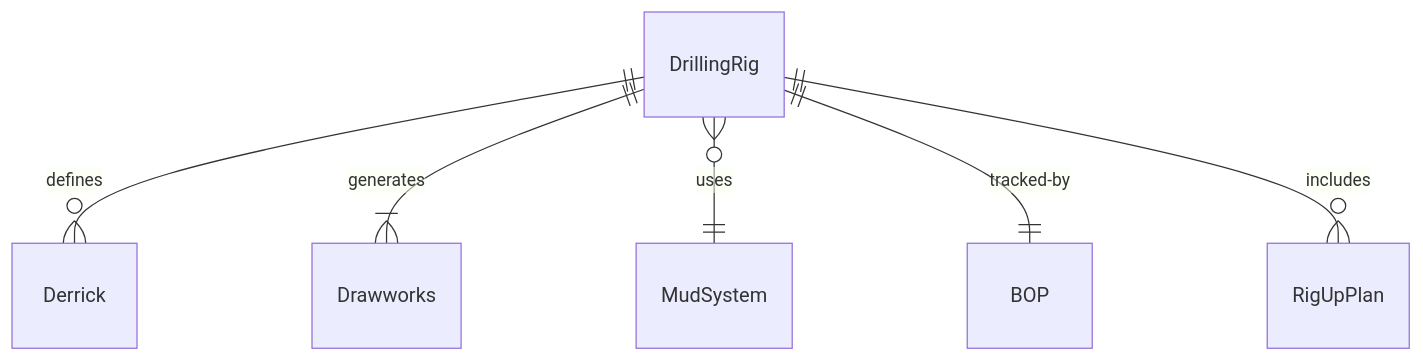
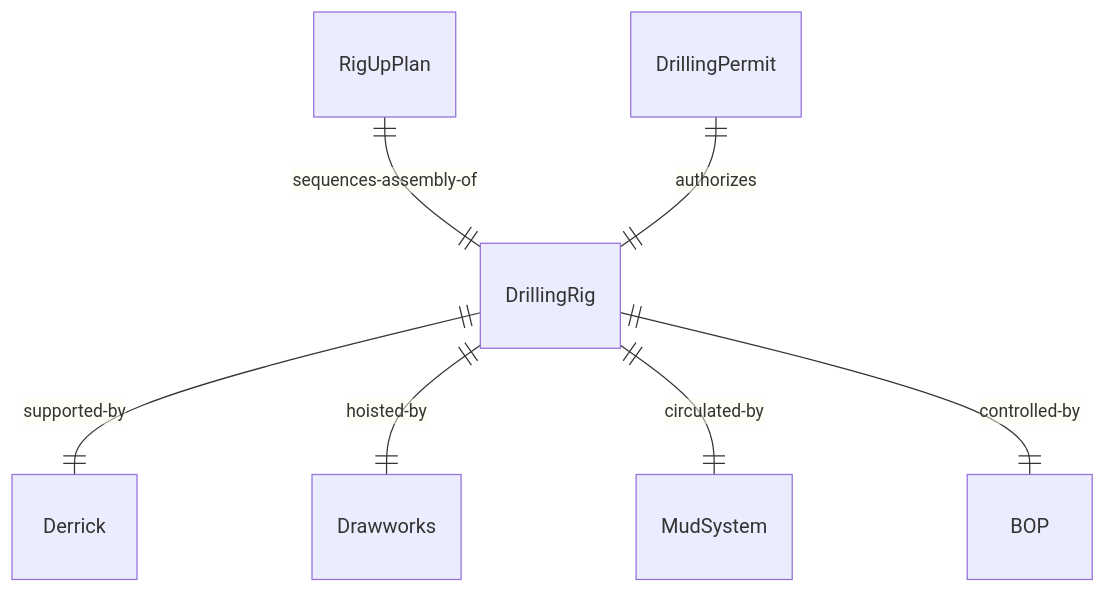
The first of 4 diagrams in HandlingAndMovingObjects/InstallCommercialOrProductionEquipment/InstallDrillingEquipment.mdx (dot-org-ai/tasks.org.ai), drawn with Mermaid before and after one commit. The commit also changed other lines of this file and 515 other files, not shown here.

````diff
--- a/HandlingAndMovingObjects/InstallCommercialOrProductionEquipment/InstallDrillingEquipment.mdx
+++ b/HandlingAndMovingObjects/InstallCommercialOrProductionEquipment/InstallDrillingEquipment.mdx
@@ -89,8 +89,9 @@
 ```mermaid
 erDiagram
-    DrillingRig ||--o{ Derrick : "defines"
-    DrillingRig ||--|{ Drawworks : "generates"
-    DrillingRig }o--|| MudSystem : "uses"
-    DrillingRig ||--|| BOP : "tracked-by"
-    DrillingRig ||--o{ RigUpPlan : "includes"
+    RigUpPlan ||--|| DrillingRig : "sequences-assembly-of"
+    DrillingRig ||--|| Derrick : "supported-by"
+    DrillingRig ||--|| Drawworks : "hoisted-by"
+    DrillingRig ||--|| MudSystem : "circulated-by"
+    DrillingRig ||--|| BOP : "controlled-by"
+    DrillingPermit ||--|| DrillingRig : "authorizes"
 ```
````
